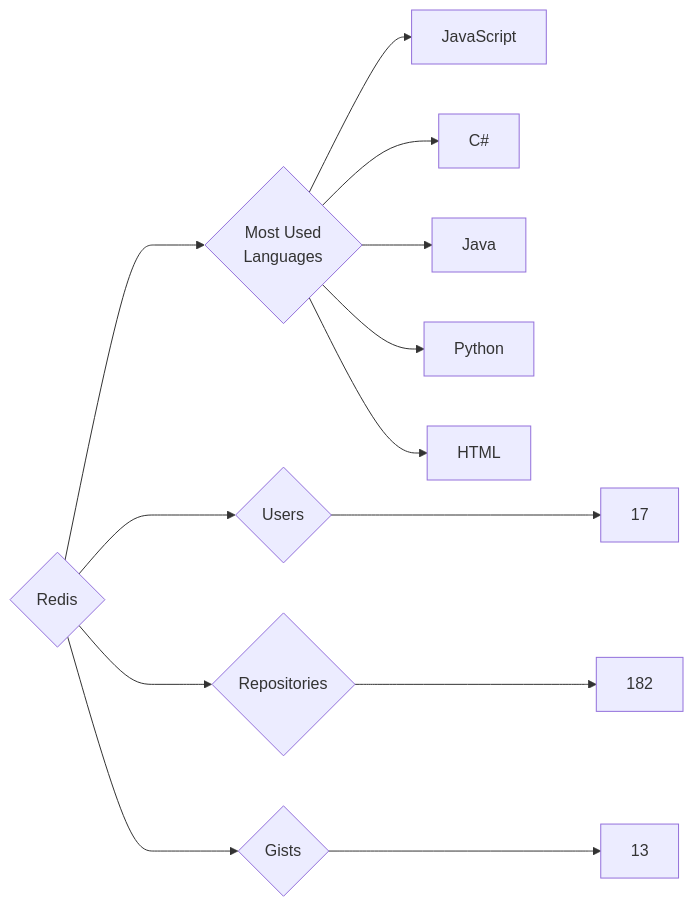
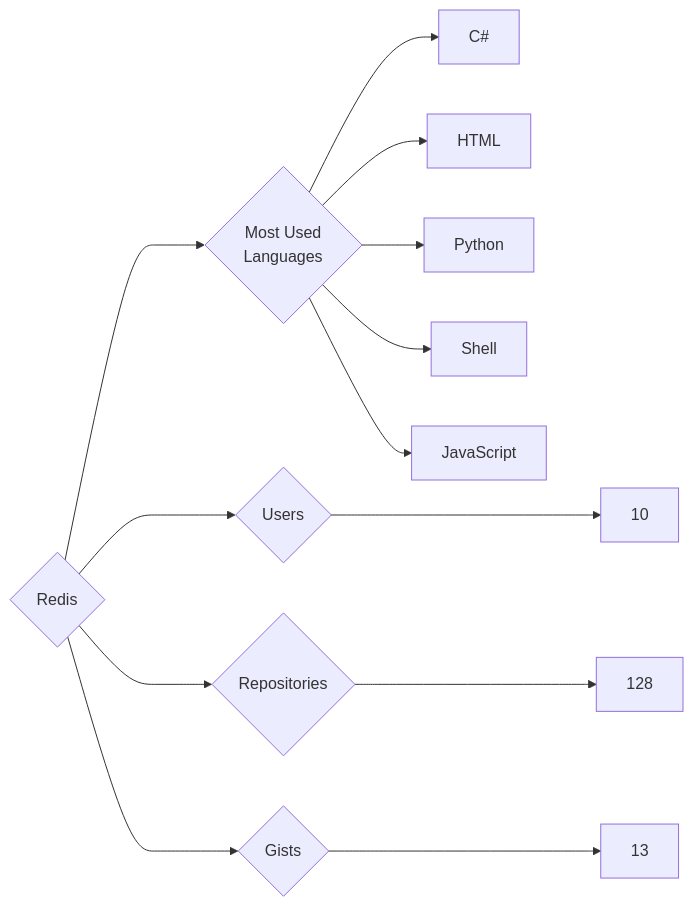
One commit to trickest/insiders changed the diagram in targets/Redis/README.md. Above: the diagram before and after it, drawn with Mermaid. The commit also changed 1248 other files, not shown here.

````diff
--- a/targets/Redis/README.md
+++ b/targets/Redis/README.md
@@ -3,13 +3,13 @@
 ```mermaid
 graph LR
 COMPANY_NAME{Redis}
-COMPANY_NAME ---> U{Users} ---> UN[17]
-COMPANY_NAME ---> R{Repositories} ---> RN[182]
+COMPANY_NAME ---> U{Users} ---> UN[10]
+COMPANY_NAME ---> R{Repositories} ---> RN[128]
 COMPANY_NAME ---> G{Gists} ---> GN[13]
 COMPANY_NAME ---> ML{Most Used<br>Languages}
+ML --> C#[C#]
+ML --> HTML[HTML]
+ML --> Python[Python]
+ML --> Shell[Shell]
 ML --> JavaScript[JavaScript]
-ML --> C#[C#]
-ML --> Java[Java]
-ML --> Python[Python]
-ML --> HTML[HTML]
 ```
````
